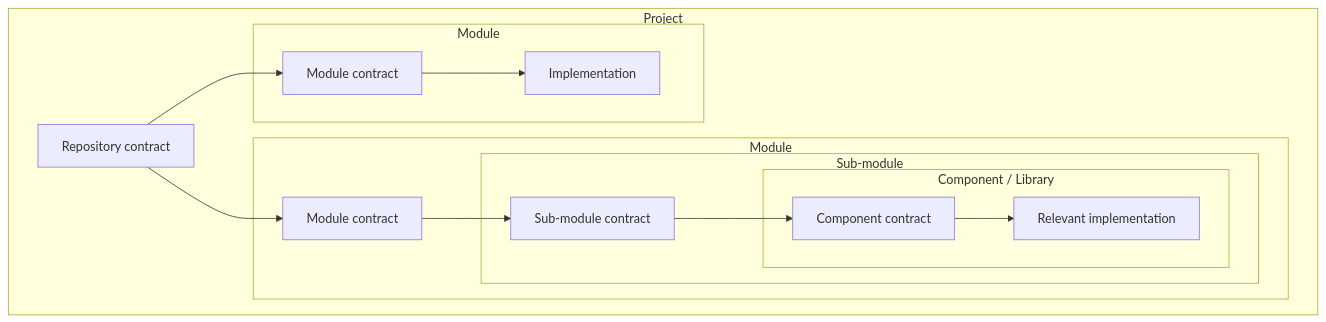
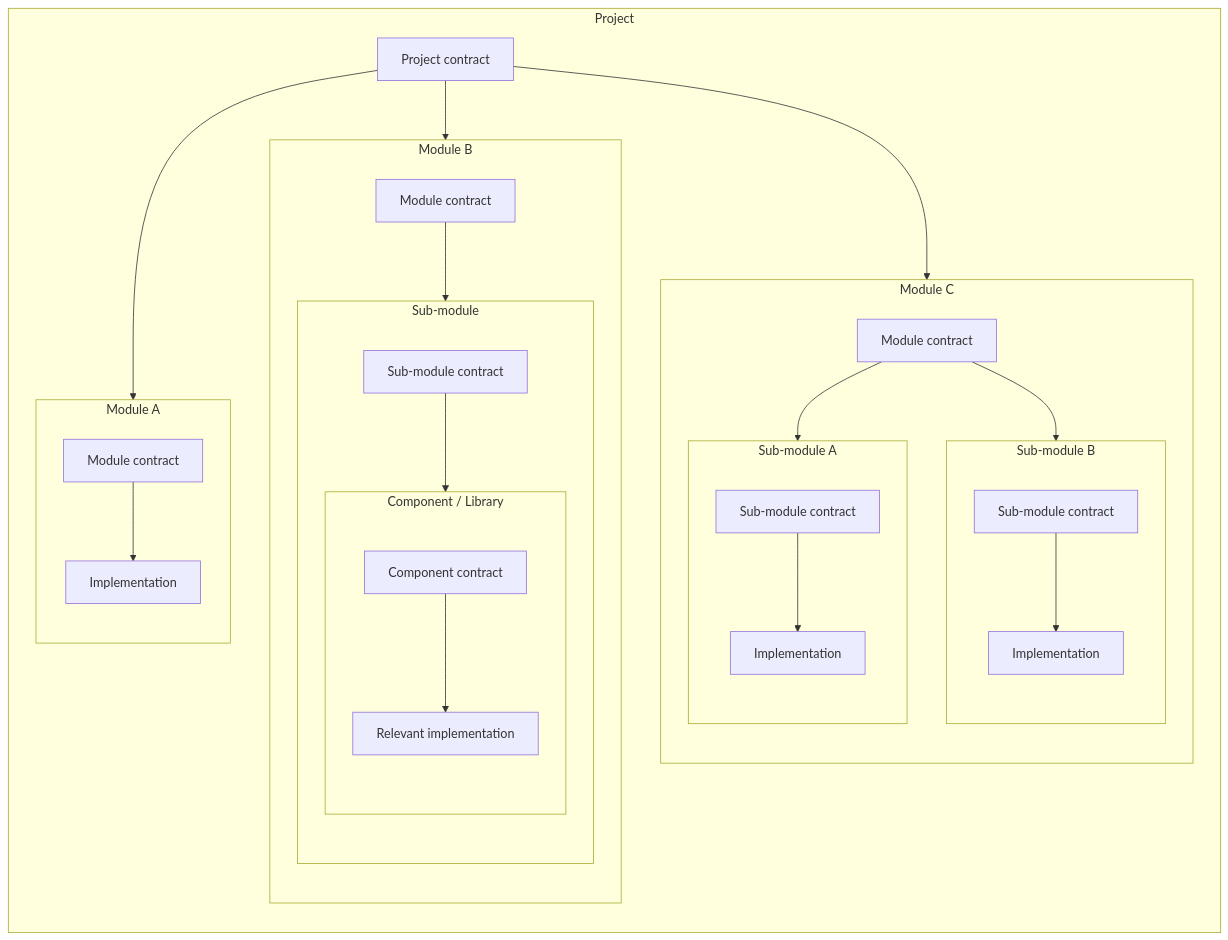
Before and after one commit to sarada-io/contract-graph: the diagram in README.md, drawn with Mermaid. The commit also changed other lines of this file and 4 other files, not shown here.

````diff
--- a/README.md
+++ b/README.md
@@ -33,31 +33,46 @@
 ```mermaid
 flowchart TB
     subgraph PROJECT["Project"]
-        ROOT["Repository contract"]
+        direction TB
+        ROOT["Project contract"]
 
-        subgraph MODULE_A["Module"]
-            MC["Module contract"]
-
-            subgraph SUBMODULE["Sub-module"]
-                SMC["Sub-module contract"]
-
-                subgraph COMPONENT["Component / Library"]
-                    CC["Component contract"]
-                    CODE["Relevant implementation"]
-                end
-            end
+        subgraph MODULE_A["Module A"]
+            direction TB
+            MCA["Module contract"] --> CODEA["Implementation"]
         end
 
-        subgraph MODULE_B["Module"]
-            MC2["Module contract"]
-            CODE2["Implementation"]
+        subgraph MODULE_B["Module B"]
+            direction TB
+            MCB["Module contract"]
+            subgraph SUBMODULE["Sub-module"]
+                direction TB
+                SMC["Sub-module contract"]
+                subgraph COMPONENT["Component / Library"]
+                    direction TB
+                    CC["Component contract"] --> CODEB["Relevant implementation"]
+                end
+                SMC --> CC
+            end
+            MCB --> SMC
+        end
+
+        subgraph MODULE_C["Module C"]
+            direction TB
+            MCC["Module contract"]
+            subgraph SUBMODULE_CB["Sub-module B"]
+                direction TB
+                SMCB["Sub-module contract"] --> CODECB["Implementation"]
+            end
+            subgraph SUBMODULE_CA["Sub-module A"]
+                direction TB
+                SMCA["Sub-module contract"] --> CODECA["Implementation"]
+            end
+            MCC --> SUBMODULE_CA
+            MCC --> SUBMODULE_CB
         end
     end
 
-    ROOT --> MC
-    ROOT --> MC2
-    MC --> SMC
-    SMC --> CC
-    CC --> CODE
-    MC2 --> CODE2
+    ROOT --> MODULE_A
+    ROOT --> MODULE_B
+    ROOT --> MODULE_C
 ```
````
